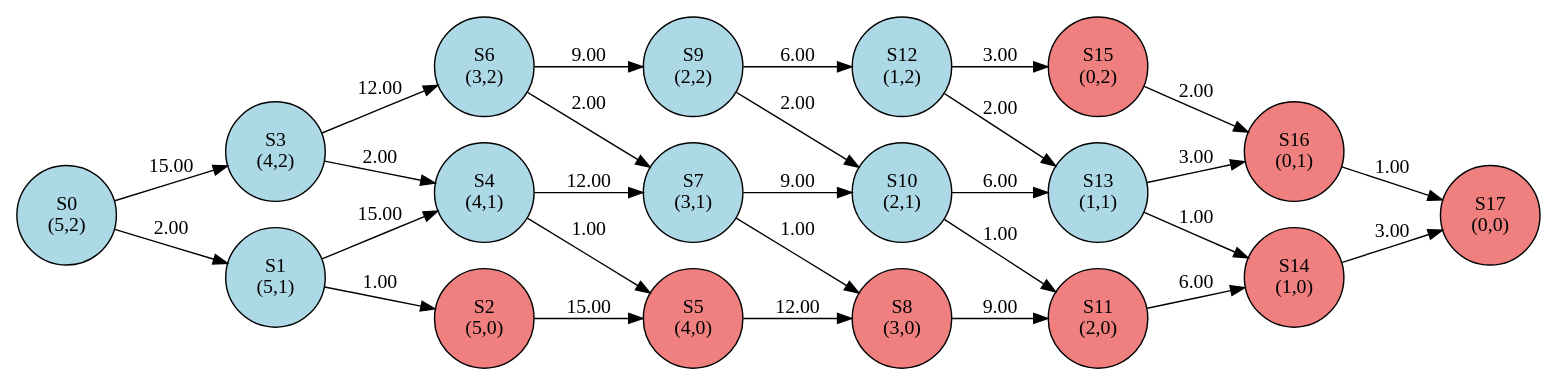
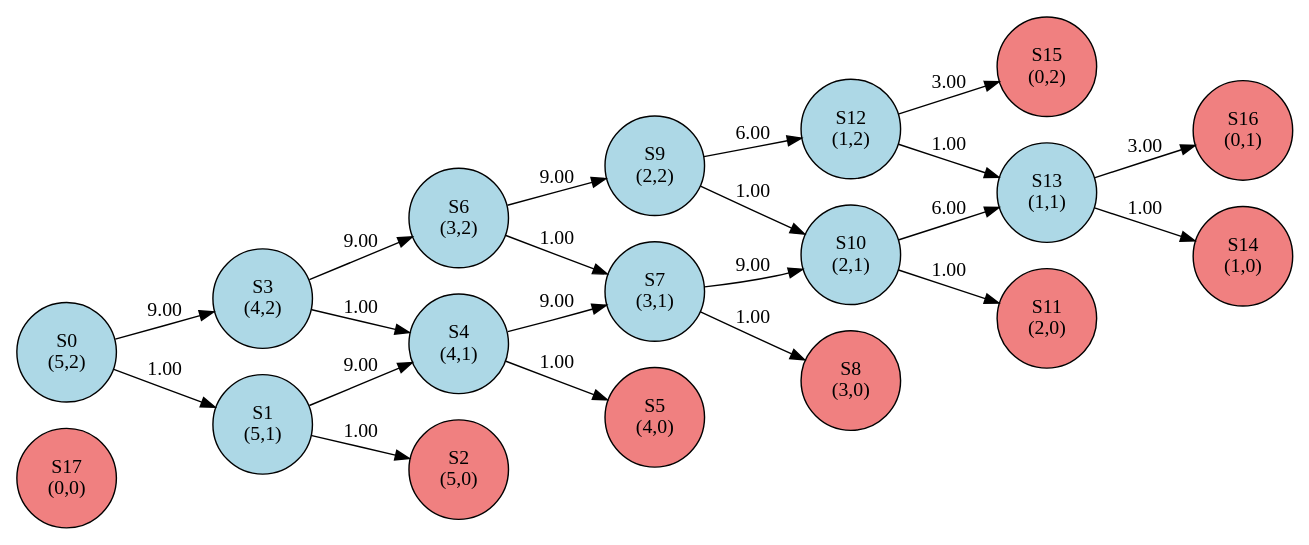
One commit to MrAlexandrov/ContinuousMarkovChains changed the diagram in state_graph_task1.dot. Above: the diagram before and after it, drawn with Graphviz. The commit also changed 17 other files, not shown here.

```diff
--- a/state_graph_task1.dot
+++ b/state_graph_task1.dot
@@ -1,49 +1,42 @@
 digraph StateGraph {
   rankdir=LR;
   node [shape=circle];
   S17 [label="S17\n(0,0)", style=filled, fillcolor=lightcoral];
   S16 [label="S16\n(0,1)", style=filled, fillcolor=lightcoral];
   S15 [label="S15\n(0,2)", style=filled, fillcolor=lightcoral];
   S14 [label="S14\n(1,0)", style=filled, fillcolor=lightcoral];
   S13 [label="S13\n(1,1)", style=filled, fillcolor=lightblue];
   S12 [label="S12\n(1,2)", style=filled, fillcolor=lightblue];
   S11 [label="S11\n(2,0)", style=filled, fillcolor=lightcoral];
   S10 [label="S10\n(2,1)", style=filled, fillcolor=lightblue];
   S9 [label="S9\n(2,2)", style=filled, fillcolor=lightblue];
   S8 [label="S8\n(3,0)", style=filled, fillcolor=lightcoral];
   S7 [label="S7\n(3,1)", style=filled, fillcolor=lightblue];
   S6 [label="S6\n(3,2)", style=filled, fillcolor=lightblue];
   S5 [label="S5\n(4,0)", style=filled, fillcolor=lightcoral];
   S4 [label="S4\n(4,1)", style=filled, fillcolor=lightblue];
   S3 [label="S3\n(4,2)", style=filled, fillcolor=lightblue];
   S2 [label="S2\n(5,0)", style=filled, fillcolor=lightcoral];
   S1 [label="S1\n(5,1)", style=filled, fillcolor=lightblue];
   S0 [label="S0\n(5,2)", style=filled, fillcolor=lightblue];
-  S16 -> S17 [label="1.00"];
-  S15 -> S16 [label="2.00"];
-  S14 -> S17 [label="3.00"];
   S13 -> S16 [label="3.00"];
   S13 -> S14 [label="1.00"];
   S12 -> S15 [label="3.00"];
-  S12 -> S13 [label="2.00"];
-  S11 -> S14 [label="6.00"];
+  S12 -> S13 [label="1.00"];
   S10 -> S13 [label="6.00"];
   S10 -> S11 [label="1.00"];
   S9 -> S12 [label="6.00"];
-  S9 -> S10 [label="2.00"];
-  S8 -> S11 [label="9.00"];
+  S9 -> S10 [label="1.00"];
   S7 -> S10 [label="9.00"];
   S7 -> S8 [label="1.00"];
   S6 -> S9 [label="9.00"];
-  S6 -> S7 [label="2.00"];
-  S5 -> S8 [label="12.00"];
-  S4 -> S7 [label="12.00"];
+  S6 -> S7 [label="1.00"];
+  S4 -> S7 [label="9.00"];
   S4 -> S5 [label="1.00"];
-  S3 -> S6 [label="12.00"];
-  S3 -> S4 [label="2.00"];
-  S2 -> S5 [label="15.00"];
-  S1 -> S4 [label="15.00"];
+  S3 -> S6 [label="9.00"];
+  S3 -> S4 [label="1.00"];
+  S1 -> S4 [label="9.00"];
   S1 -> S2 [label="1.00"];
-  S0 -> S3 [label="15.00"];
-  S0 -> S1 [label="2.00"];
+  S0 -> S3 [label="9.00"];
+  S0 -> S1 [label="1.00"];
 }
```
